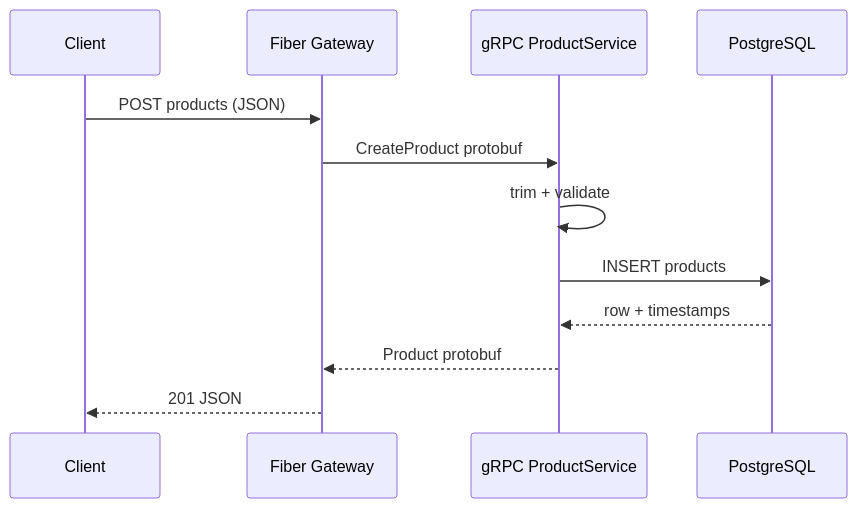
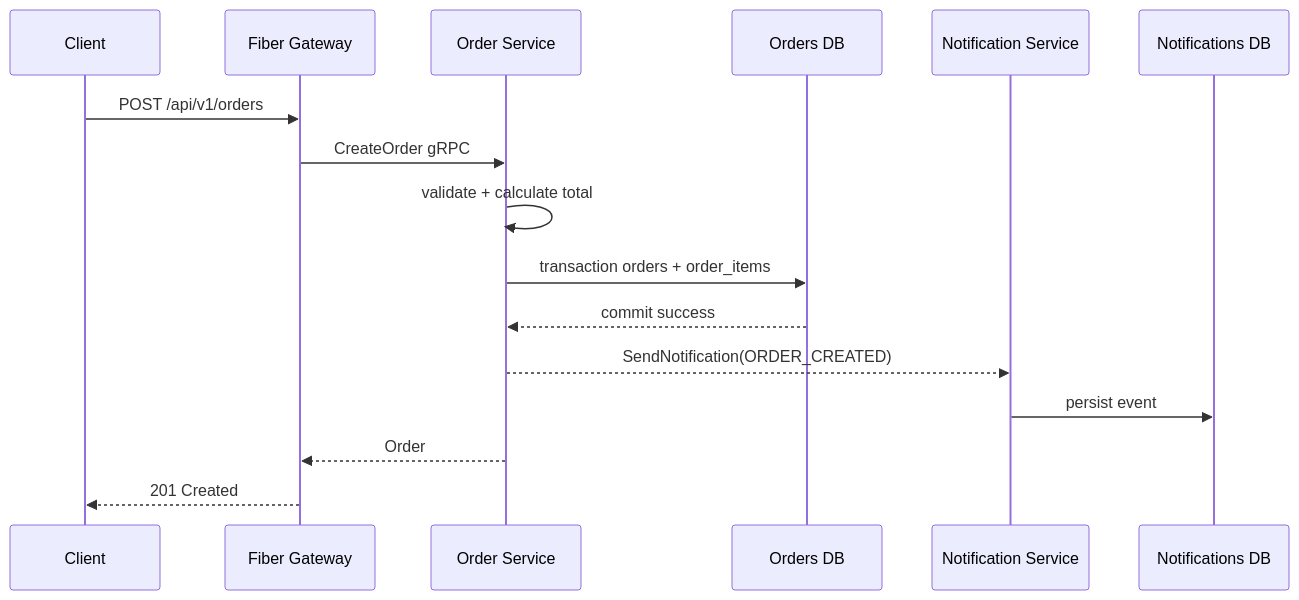
One commit to KantapatSg/golang-essential-gRPC changed the third of 3 diagrams in README.md. Above: the diagram before and after it, drawn with Mermaid. The commit also changed other lines of this file and 42 other files, not shown here.

````diff
--- a/README.md
+++ b/README.md
@@ -39,14 +45,18 @@
 ```mermaid
 sequenceDiagram
-    participant U as Client
-    participant G as Fiber Gateway
-    participant RPC as gRPC ProductService
-    participant DB as PostgreSQL
-    U->>G: POST products (JSON)
-    G->>RPC: CreateProduct protobuf
-    RPC->>RPC: trim + validate
-    RPC->>DB: INSERT products
-    DB-->>RPC: row + timestamps
-    RPC-->>G: Product protobuf
-    G-->>U: 201 JSON
+  participant C as Client
+  participant G as Fiber Gateway
+  participant O as Order Service
+  participant DB as Orders DB
+  participant N as Notification Service
+  participant ND as Notifications DB
+  C->>G: POST /api/v1/orders
+  G->>O: CreateOrder gRPC
+  O->>O: validate + calculate total
+  O->>DB: transaction orders + order_items
+  DB-->>O: commit success
+  O-->>N: SendNotification(ORDER_CREATED)
+  N->>ND: persist event
+  O-->>G: Order
+  G-->>C: 201 Created
 ```
````
